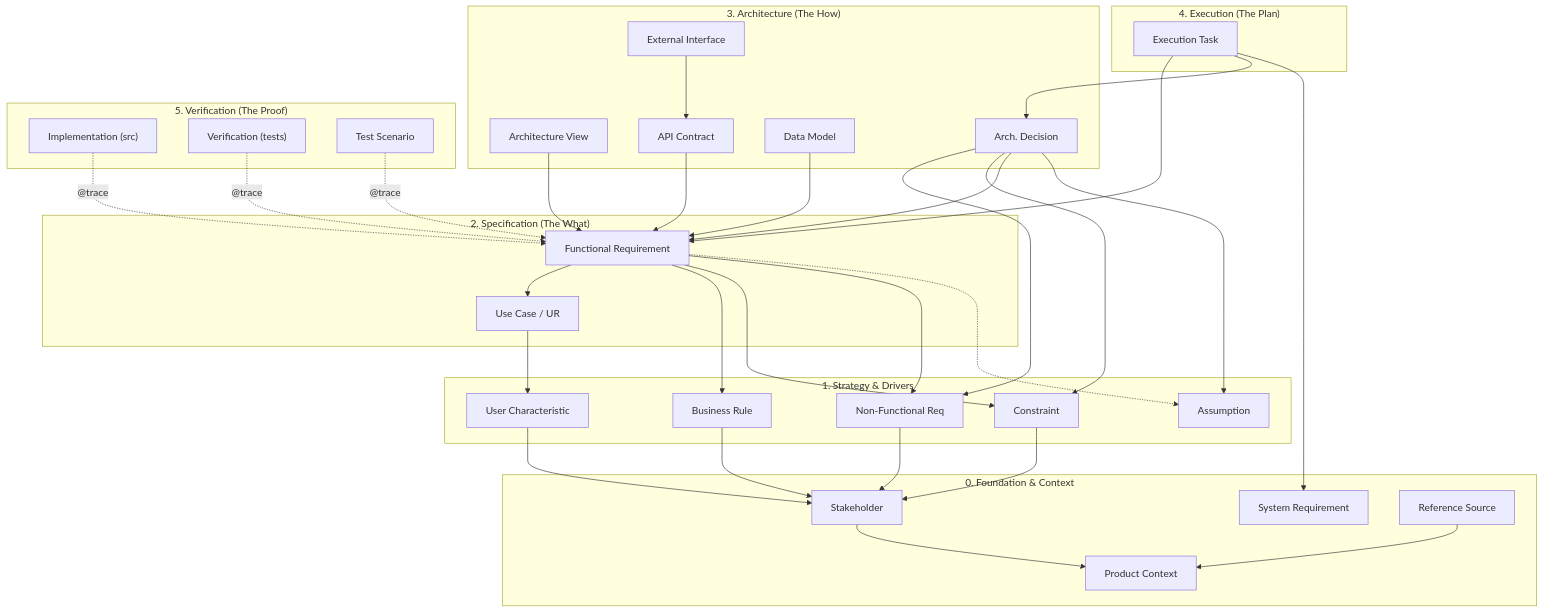
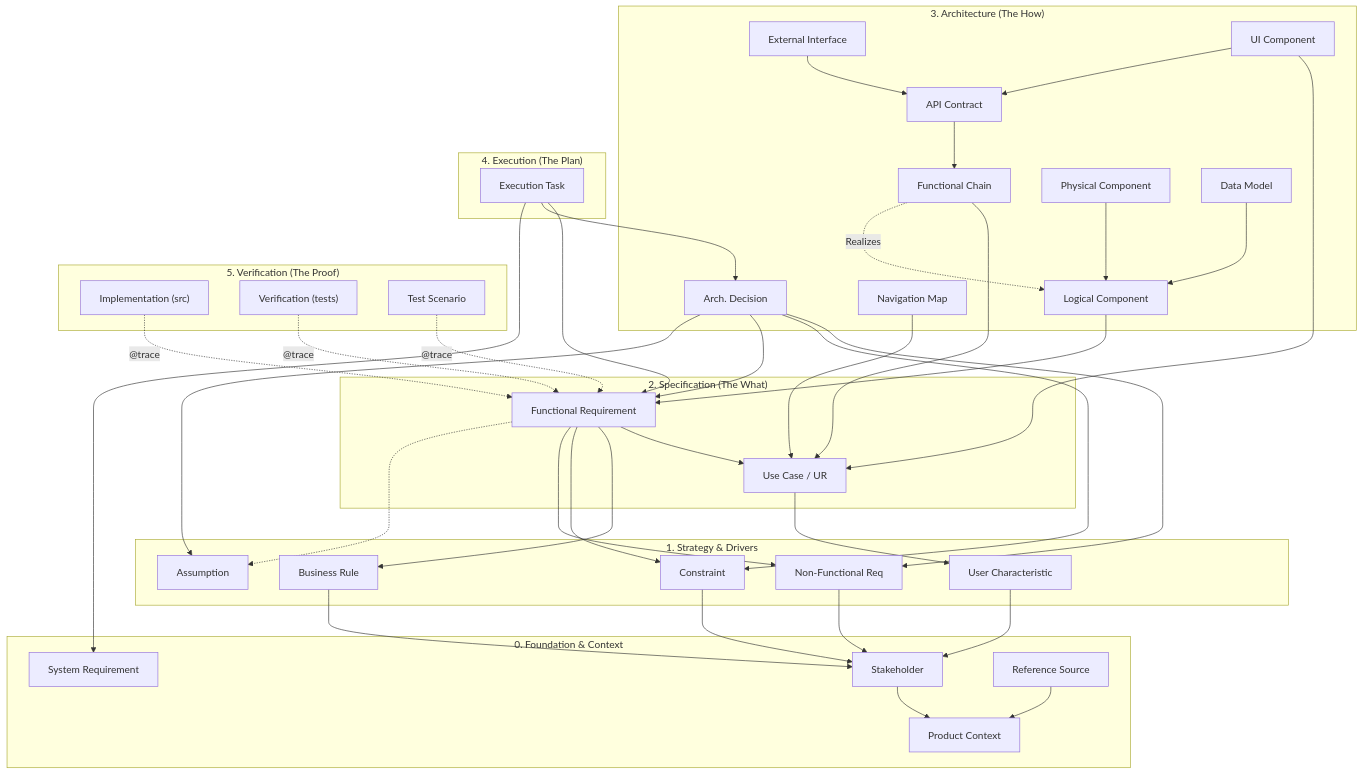
One commit to kpruntov/PathCamp changed the diagram in .spec/core/protocol/traceability_map.md. Above: the diagram before and after it, drawn with Mermaid. The commit also changed other lines of this file and 63 other files, not shown here.

Commit message:
bulk update. requirements and architecture done, project seted up

````diff
--- a/.spec/core/protocol/traceability_map.md
+++ b/.spec/core/protocol/traceability_map.md
@@ -13,51 +13,57 @@
 ```mermaid
 graph TD
     subgraph Layer_0_Foundation ["0. Foundation & Context"]
         SYS[System Requirement]
         CTX[Product Context]
         STK[Stakeholder] --> CTX
         REF[Reference Source] --> CTX
     end
 
     subgraph Layer_1_Drivers ["1. Strategy & Drivers"]
         BR[Business Rule] --> STK
         NFR[Non-Functional Req] --> STK
         CON[Constraint] --> STK
         UCH[User Characteristic] --> STK
         ASM[Assumption]
     end
 
     subgraph Layer_2_Specification ["2. Specification (The What)"]
         UR[Use Case / UR] --> UCH
         FR[Functional Requirement] --> UR
         FR --> BR
         FR --> CON
         FR --> NFR
         FR -.-> ASM
     end
 
     subgraph Layer_3_Architecture ["3. Architecture (The How)"]
-        VIEW[Architecture View] --> FR
-        API[API Contract] --> FR
-        DATA[Data Model] --> FR
+        LCOMP[Logical Component] --> FR
+        FCHAIN[Functional Chain] --> UR
+        FCHAIN -.->|Realizes| LCOMP
+        PCOMP[Physical Component] --> LCOMP
+        API[API Contract] --> FCHAIN
+        DATA[Data Model] --> LCOMP
         EXT[External Interface] --> API
+        NAV[Navigation Map] --> UR
+        UIC[UI Component] --> UR
+        UIC --> API
         
         %% ADRs can be triggered by any requirement or assumption
         ADR[Arch. Decision] --> NFR
         ADR --> CON
         ADR --> FR
         ADR --> ASM
     end
 
     subgraph Layer_4_Execution ["4. Execution (The Plan)"]
         TASK[Execution Task] --> FR
         TASK --> ADR
         TASK --> SYS
     end
     
     subgraph Layer_5_Verification ["5. Verification (The Proof)"]
         CODE["Implementation (src)"] -.->|"@trace"| FR
         TEST["Verification (tests)"] -.->|"@trace"| FR
         SCN[Test Scenario] -.->|"@trace"| FR
     end
 ```
````
